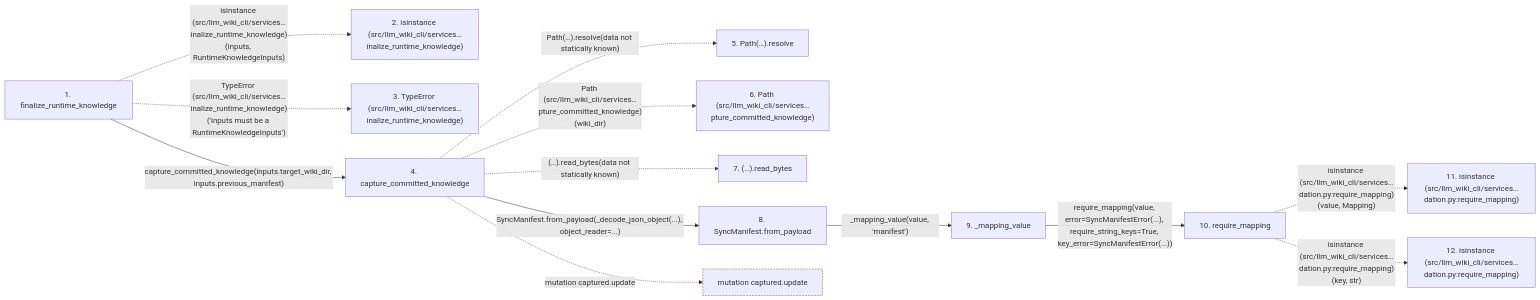
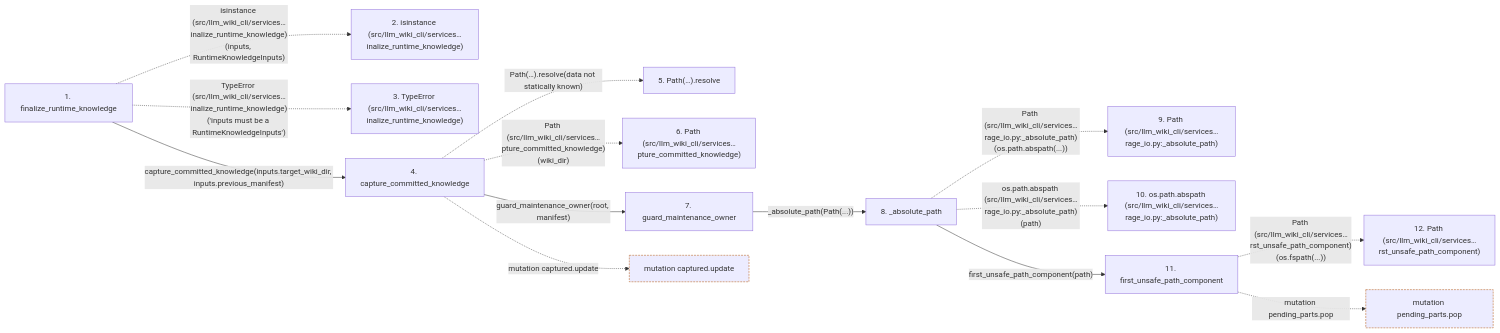
The second of 2 diagrams in docs/llm_wiki/flows/api-finalize_runtime_knowledge.md (Denissvgn/python-wiki-llm), drawn with Mermaid before and after one commit. The commit also changed other lines of this file and 1410 other files, not shown here.

````diff
--- a/docs/llm_wiki/flows/api-finalize_runtime_knowledge.md
+++ b/docs/llm_wiki/flows/api-finalize_runtime_knowledge.md
@@ -107,35 +132,38 @@
 ```mermaid
 flowchart LR
     s1["1. finalize_runtime_knowledge"]
     s2["2. isinstance (src/llm_wiki_cli/services…inalize_runtime_knowledge)"]
     s3["3. TypeError (src/llm_wiki_cli/services…inalize_runtime_knowledge)"]
     s4["4. capture_committed_knowledge"]
     s5["5. Path(…).resolve"]
     s6["6. Path (src/llm_wiki_cli/services…pture_committed_knowledge)"]
-    s7["7. (…).read_bytes"]
-    s8["8. SyncManifest.from_payload"]
-    s9["9. _mapping_value"]
-    s10["10. require_mapping"]
-    s11["11. isinstance (src/llm_wiki_cli/services…dation.py:require_mapping)"]
-    s12["12. isinstance (src/llm_wiki_cli/services…dation.py:require_mapping)"]
+    s7["7. guard_maintenance_owner"]
+    s8["8. _absolute_path"]
+    s9["9. Path (src/llm_wiki_cli/services…rage_io.py:_absolute_path)"]
+    s10["10. os.path.abspath (src/llm_wiki_cli/services…rage_io.py:_absolute_path)"]
+    s11["11. first_unsafe_path_component"]
+    s12["12. Path (src/llm_wiki_cli/services…rst_unsafe_path_component)"]
     s1 -. "isinstance (src/llm_wiki_cli/services…inalize_runtime_knowledge)(inputs, RuntimeKnowledgeInputs)" .-> s2
     s1 -. "TypeError (src/llm_wiki_cli/services…inalize_runtime_knowledge)('inputs must be a RuntimeKnowledgeInputs')" .-> s3
     s1 -->|"capture_committed_knowledge(inputs.target_wiki_dir, inputs.previous_manifest)"| s4
     s4 -. "Path(…).resolve(data not statically known)" .-> s5
     s4 -. "Path (src/llm_wiki_cli/services…pture_committed_knowledge)(wiki_dir)" .-> s6
-    s4 -. "(…).read_bytes(data not statically known)" .-> s7
-    s4 -->|"SyncManifest.from_payload(_decode_json_object(...), object_reader=...)"| s8
-    s8 -->|"_mapping_value(value, 'manifest')"| s9
-    s9 -->|"require_mapping(value, error=SyncManifestError(...), require_string_keys=True, key_error=SyncManifestError(...))"| s10
-    s10 -. "isinstance (src/llm_wiki_cli/services…dation.py:require_mapping)(value, Mapping)" .-> s11
-    s10 -. "isinstance (src/llm_wiki_cli/services…dation.py:require_mapping)(key, str)" .-> s12
+    s4 -->|"guard_maintenance_owner(root, manifest)"| s7
+    s7 -->|"_absolute_path(Path(...))"| s8
+    s8 -. "Path (src/llm_wiki_cli/services…rage_io.py:_absolute_path)(os.path.abspath(...))" .-> s9
+    s8 -. "os.path.abspath (src/llm_wiki_cli/services…rage_io.py:_absolute_path)(path)" .-> s10
+    s8 -->|"first_unsafe_path_component(path)"| s11
+    s11 -. "Path (src/llm_wiki_cli/services…rst_unsafe_path_component)(os.fspath(...))" .-> s12
     b0["mutation captured.update"]
     s4 -. "mutation captured.update" .-> b0
+    b1["mutation pending_parts.pop"]
+    s11 -. "mutation pending_parts.pop" .-> b1
     click s1 "../modules/knowledge_orchestration.md"
     click s4 "../modules/knowledge_orchestration.md"
-    click s8 "../modules/sync_manifest.md"
-    click s9 "../modules/sync_manifest.md"
-    click s10 "../modules/validation.md"
+    click s7 "../modules/maintenance_protocol.md"
+    click s8 "../modules/knowledge_storage_io.md"
+    click s11 "../modules/io.md"
     classDef boundary stroke:#b45309,stroke-dasharray: 4 2
     class b0 boundary
+    class b1 boundary
 ```
````
